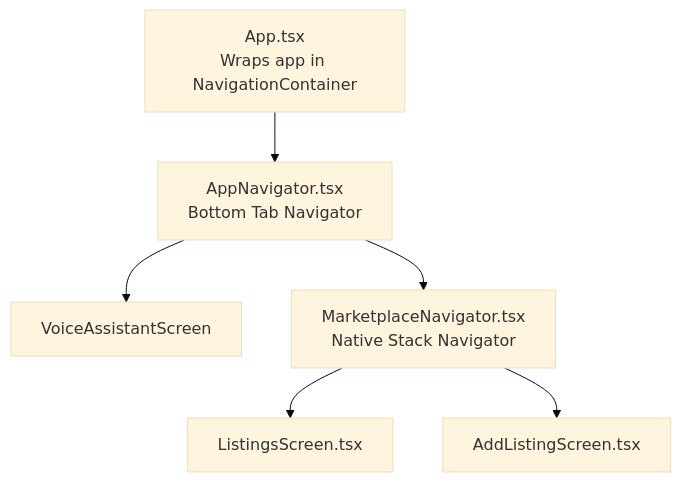
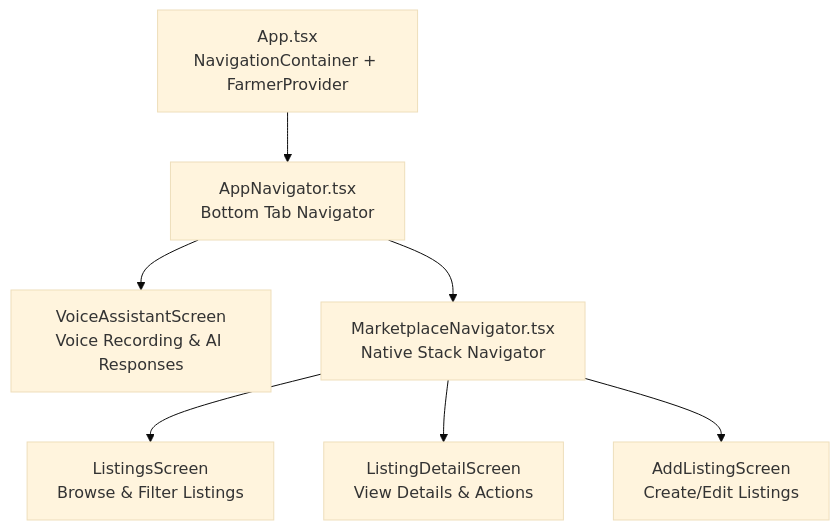
Before and after one commit to Aiman-Naeem/KisaanDost_AI_hackathon_Pakistan: the first of 5 diagrams in .qoder/repowiki/en/content/Marketplace Feature/Marketplace Navigation.md, drawn with Mermaid (base theme). The commit also changed other lines of this file and 42 other files, not shown here.

Commit message:
Day 2: farmer identity persistence, voice UX polish, listing detail/edit/call, shared design system, QA pass

````diff
--- a/.qoder/repowiki/en/content/Marketplace Feature/Marketplace Navigation.md
+++ b/.qoder/repowiki/en/content/Marketplace Feature/Marketplace Navigation.md
@@ -34,8 +45,9 @@
 ```mermaid
 graph TB
-A["App.tsx<br/>Wraps app in NavigationContainer"] --> B["AppNavigator.tsx<br/>Bottom Tab Navigator"]
-B --> C["VoiceAssistantScreen"]
+A["App.tsx<br/>NavigationContainer + FarmerProvider"] --> B["AppNavigator.tsx<br/>Bottom Tab Navigator"]
+B --> C["VoiceAssistantScreen<br/>Voice Recording & AI Responses"]
 B --> D["MarketplaceNavigator.tsx<br/>Native Stack Navigator"]
-D --> E["ListingsScreen.tsx"]
-D --> F["AddListingScreen.tsx"]
+D --> E["ListingsScreen<br/>Browse & Filter Listings"]
+D --> F["ListingDetailScreen<br/>View Details & Actions"]
+D --> G["AddListingScreen<br/>Create/Edit Listings"]
 ```
````
